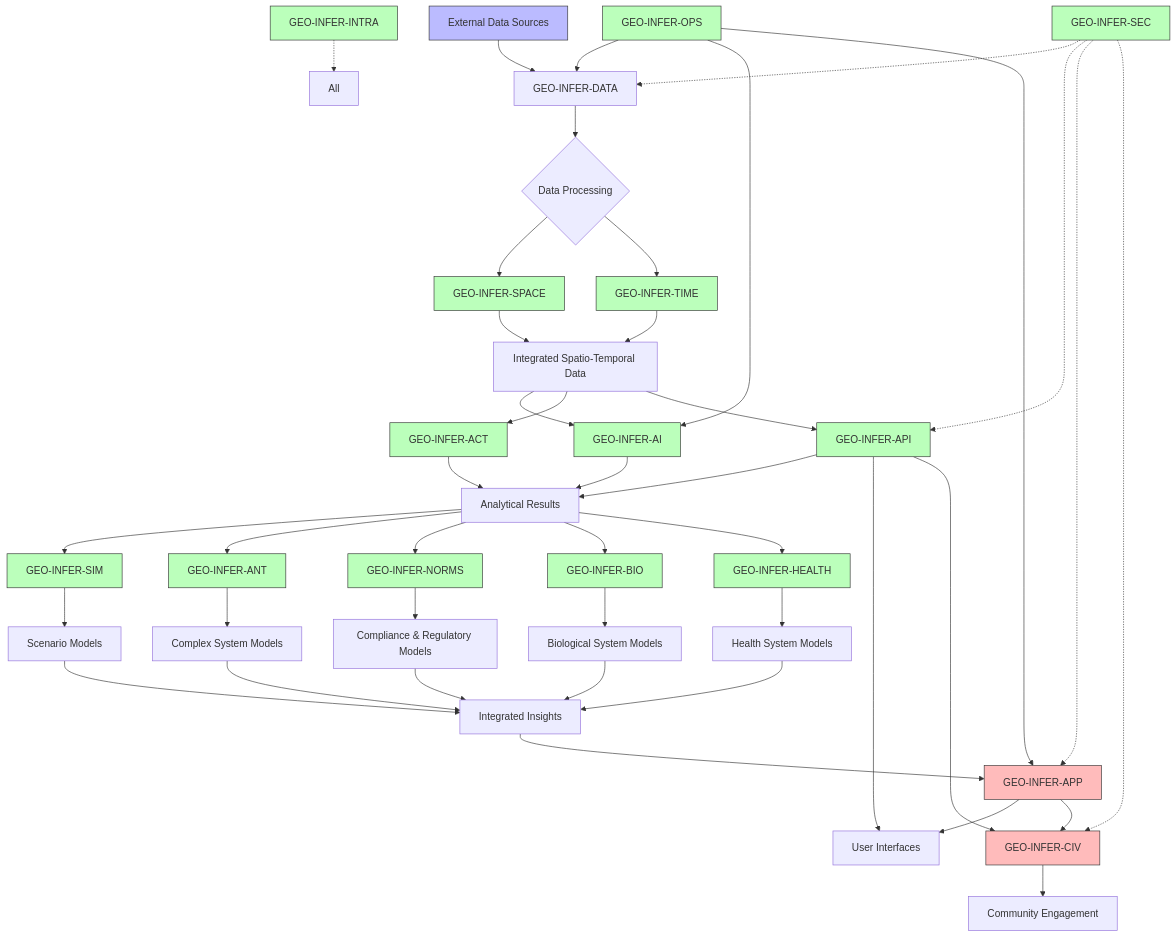
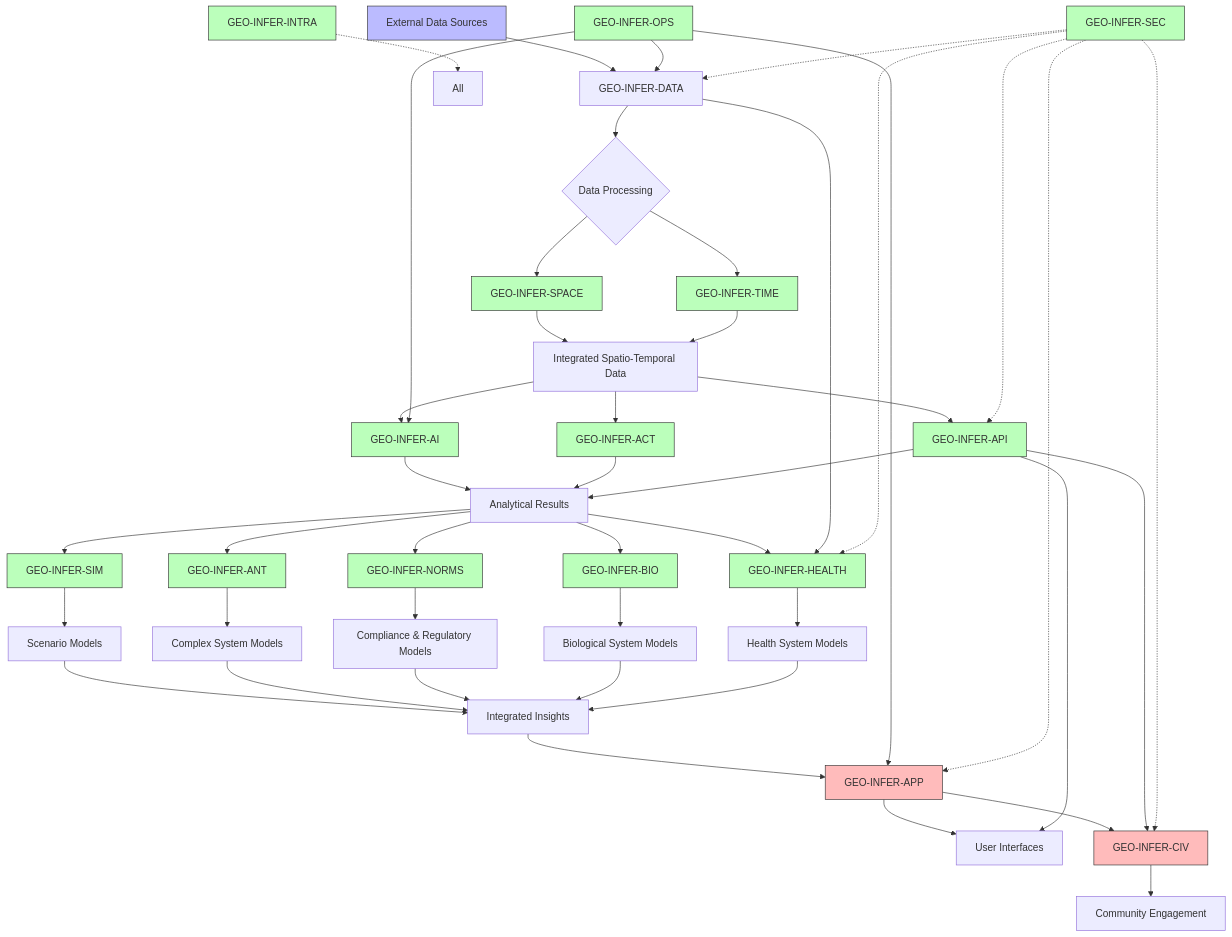
The fourth of 5 diagrams in README.md (ActiveInferenceInstitute/GEO-INFER), drawn with Mermaid before and after one commit. The commit also changed other lines of this file and 6 other files, not shown here.

````diff
--- a/README.md
+++ b/README.md
@@ -621,44 +657,46 @@
 ```mermaid
 flowchart TD
     classDef input fill:#bbf,stroke:#333,stroke-width:1px
     classDef process fill:#bfb,stroke:#333,stroke-width:1px
     classDef output fill:#fbb,stroke:#333,stroke-width:1px
     
     %% Data Collection & Processing
     A[External Data Sources]:::input --> B[GEO-INFER-DATA]
     B --> C{Data Processing}
     C --> D[GEO-INFER-SPACE]:::process
     C --> E[GEO-INFER-TIME]:::process
     
     %% Analysis Pipeline
     D & E --> F[Integrated Spatio-Temporal Data]
     F --> G[GEO-INFER-AI]:::process
     F --> H[GEO-INFER-ACT]:::process
     F --> X[GEO-INFER-SPM]:::process
     G & H & X --> I[Analytical Results]
     
     %% Simulation & Modeling
     I --> J[GEO-INFER-SIM]:::process
     J --> K[Scenario Models]
     I --> L[GEO-INFER-ANT]:::process
     L --> M[Complex System Models]
     I --> N[GEO-INFER-NORMS]:::process
     N --> O[Compliance & Regulatory Models]
     I --> P[GEO-INFER-BIO]:::process
     P --> Q[Biological System Models]
     I --> HEALTH_MOD[GEO-INFER-HEALTH]:::process
+    B --> HEALTH_MOD
     HEALTH_MOD --> HEALTH_MOD_OUT[Health System Models]
     
     %% Presentation & Interaction
     K & M & O & Q & HEALTH_MOD_OUT --> R[Integrated Insights]
     R --> S[GEO-INFER-APP]:::output
     S --> T[User Interfaces]
     S --> U[GEO-INFER-CIV]:::output
     U --> V[Community Engagement]
     
     %% Core Services
     W[GEO-INFER-OPS]:::process --> B & G & S
     X[GEO-INFER-API]:::process --> T & U
     Y[GEO-INFER-SEC]:::process -.-> B & X & S & U
+    Y -.-> HEALTH_MOD
     Z[GEO-INFER-INTRA]:::process -.-> All
 ```
````
